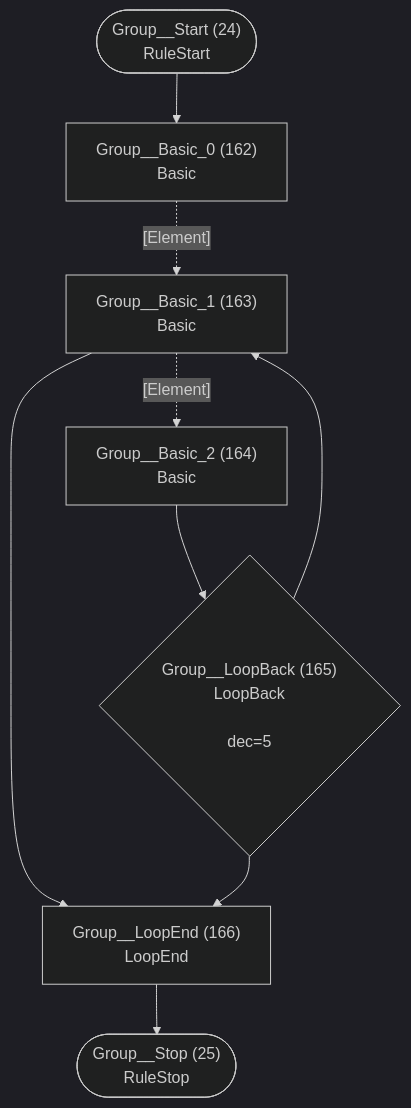
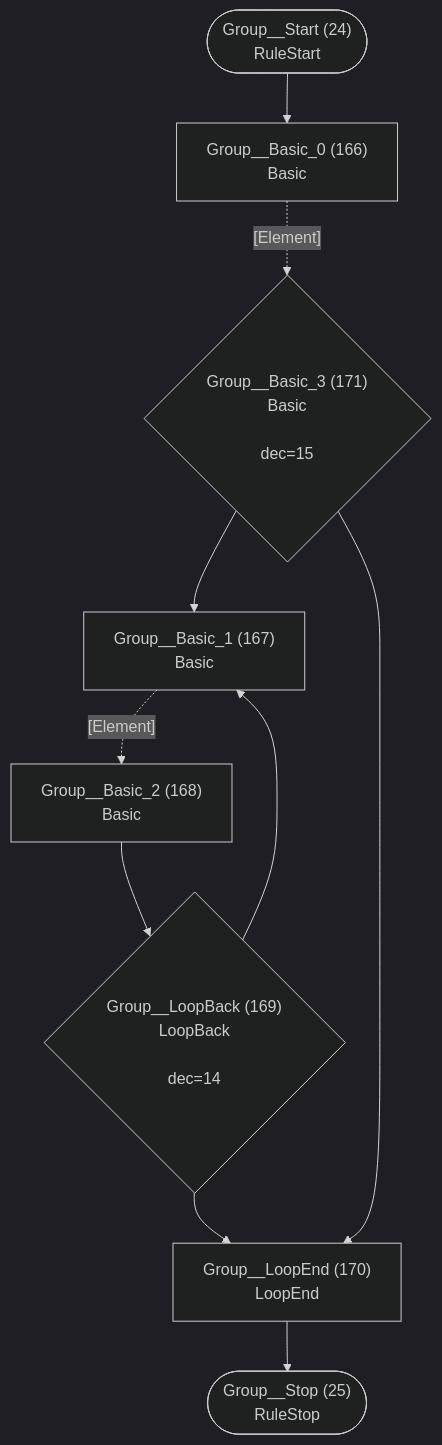
Diagram 13 of 26 in internal/grammar/atn.md (TypeFox/fastbelt), drawn with Mermaid (dark theme) before and after one commit. The commit also changed other lines of this file and 53 other files, not shown here.

````diff
--- a/internal/grammar/atn.md
+++ b/internal/grammar/atn.md
@@ -366,19 +374,21 @@
 ```mermaid
 flowchart TD
     q24(["Group__Start (24)<br/>RuleStart"])
     q25(["Group__Stop (25)<br/>RuleStop"])
-    q162["Group__Basic_0 (162)<br/>Basic<br/>"]
-    q163["Group__Basic_1 (163)<br/>Basic<br/>"]
-    q164["Group__Basic_2 (164)<br/>Basic<br/>"]
-    q165{"Group__LoopBack (165)<br/>LoopBack<br/><br/>dec=5"}
-    q166["Group__LoopEnd (166)<br/>LoopEnd<br/>"]
+    q166["Group__Basic_0 (166)<br/>Basic<br/>"]
+    q167["Group__Basic_1 (167)<br/>Basic<br/>"]
+    q168["Group__Basic_2 (168)<br/>Basic<br/>"]
+    q169{"Group__LoopBack (169)<br/>LoopBack<br/><br/>dec=14"}
+    q170["Group__LoopEnd (170)<br/>LoopEnd<br/>"]
+    q171{"Group__Basic_3 (171)<br/>Basic<br/><br/>dec=15"}
 
-    q24 --> q162
-    q162 -.->|"[Element]"| q163
-    q163 -.->|"[Element]"| q164
-    q163 --> q166
-    q164 --> q165
-    q165 --> q163
-    q165 --> q166
-    q166 --> q25
+    q24 --> q166
+    q166 -.->|"[Element]"| q171
+    q167 -.->|"[Element]"| q168
+    q168 --> q169
+    q169 --> q167
+    q169 --> q170
+    q170 --> q25
+    q171 --> q167
+    q171 --> q170
 ```
````
